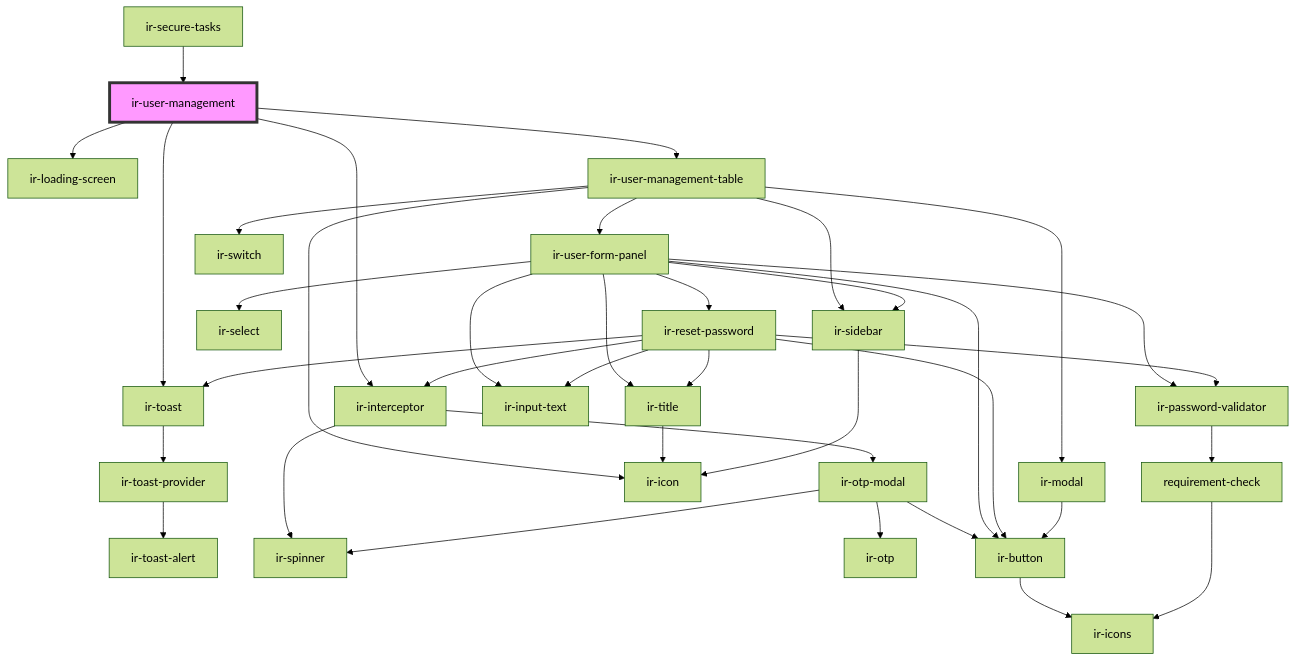
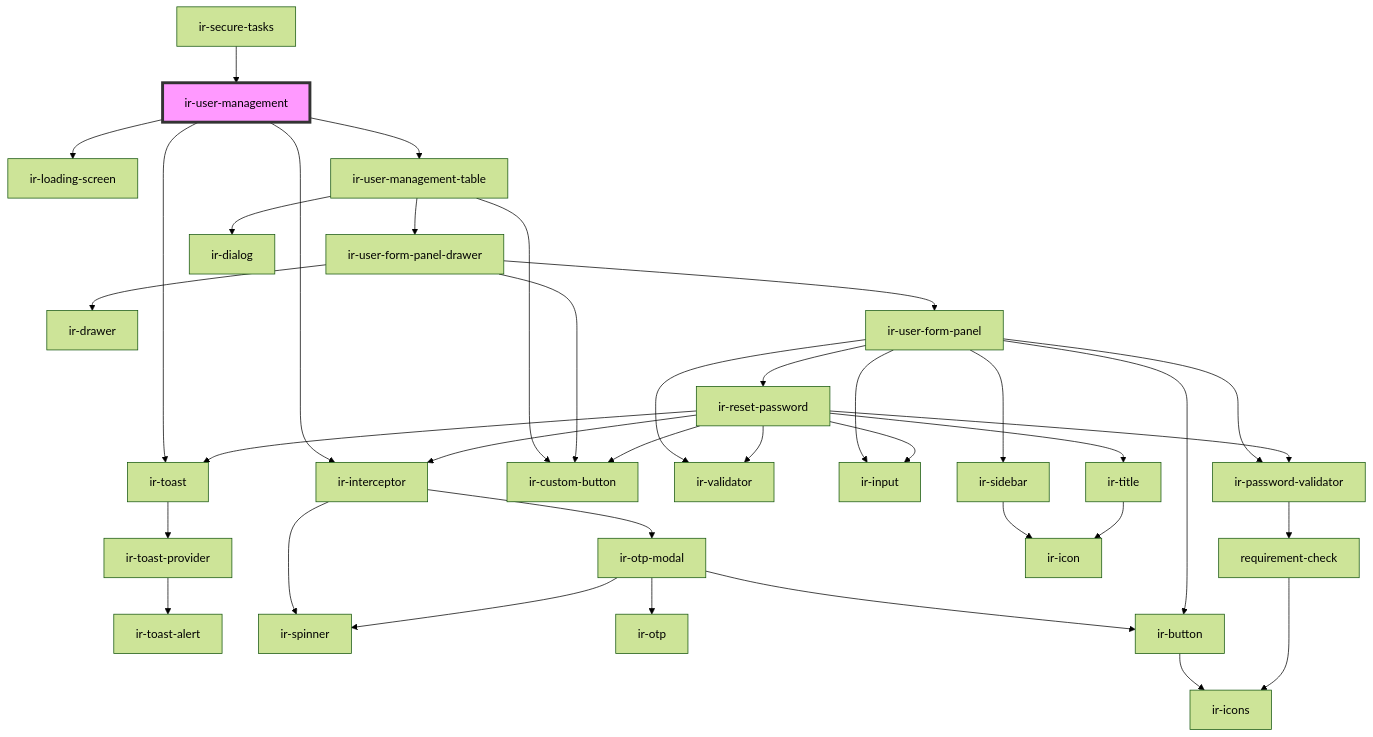
The diagram in src/components/ir-user-management/readme.md (RonyRizk/ir-webcmp), drawn with Mermaid (forest theme) before and after one commit. The commit also changed 45 other files, not shown here.

````diff
--- a/src/components/ir-user-management/readme.md
+++ b/src/components/ir-user-management/readme.md
@@ -37,40 +37,40 @@
 ```mermaid
 graph TD;
   ir-user-management --> ir-toast
   ir-user-management --> ir-interceptor
   ir-user-management --> ir-loading-screen
   ir-user-management --> ir-user-management-table
   ir-toast --> ir-toast-provider
   ir-toast-provider --> ir-toast-alert
   ir-interceptor --> ir-spinner
   ir-interceptor --> ir-otp-modal
   ir-otp-modal --> ir-spinner
   ir-otp-modal --> ir-otp
   ir-otp-modal --> ir-button
   ir-button --> ir-icons
-  ir-user-management-table --> ir-user-form-panel
-  ir-user-management-table --> ir-icon
-  ir-user-management-table --> ir-switch
-  ir-user-management-table --> ir-sidebar
-  ir-user-management-table --> ir-modal
-  ir-user-form-panel --> ir-title
-  ir-user-form-panel --> ir-input-text
-  ir-user-form-panel --> ir-select
+  ir-user-management-table --> ir-custom-button
+  ir-user-management-table --> ir-user-form-panel-drawer
+  ir-user-management-table --> ir-dialog
+  ir-user-form-panel-drawer --> ir-drawer
+  ir-user-form-panel-drawer --> ir-user-form-panel
+  ir-user-form-panel-drawer --> ir-custom-button
+  ir-user-form-panel --> ir-validator
+  ir-user-form-panel --> ir-input
   ir-user-form-panel --> ir-password-validator
   ir-user-form-panel --> ir-button
   ir-user-form-panel --> ir-sidebar
   ir-user-form-panel --> ir-reset-password
-  ir-title --> ir-icon
   ir-password-validator --> requirement-check
   requirement-check --> ir-icons
   ir-sidebar --> ir-icon
   ir-reset-password --> ir-interceptor
   ir-reset-password --> ir-toast
   ir-reset-password --> ir-title
-  ir-reset-password --> ir-input-text
+  ir-reset-password --> ir-validator
+  ir-reset-password --> ir-input
   ir-reset-password --> ir-password-validator
-  ir-reset-password --> ir-button
-  ir-modal --> ir-button
+  ir-reset-password --> ir-custom-button
+  ir-title --> ir-icon
   ir-secure-tasks --> ir-user-management
   style ir-user-management fill:#f9f,stroke:#333,stroke-width:4px
 ```
````
